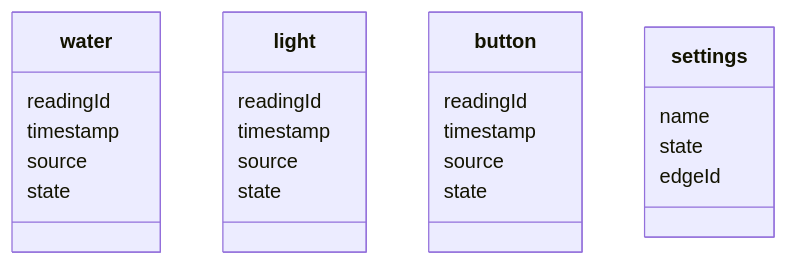
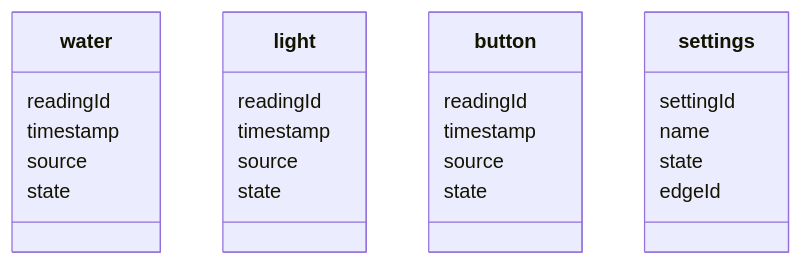
Before and after one commit to jag3rm3ist3r/GroupAssignment: the third of 3 diagrams in README.md, drawn with Mermaid.

Commit message:
Reflect changes to db in diagram

````diff
--- a/README.md
+++ b/README.md
@@ -88,26 +88,27 @@
 ```mermaid
 classDiagram
 class water {
     readingId
     timestamp
     source
     state
 }
 class light {
     readingId
     timestamp
     source
     state
 }
 class button {
     readingId
     timestamp
     source
     state
 }
 class settings {
+    settingId
     name
     state
     edgeId
 }
 ```
````
